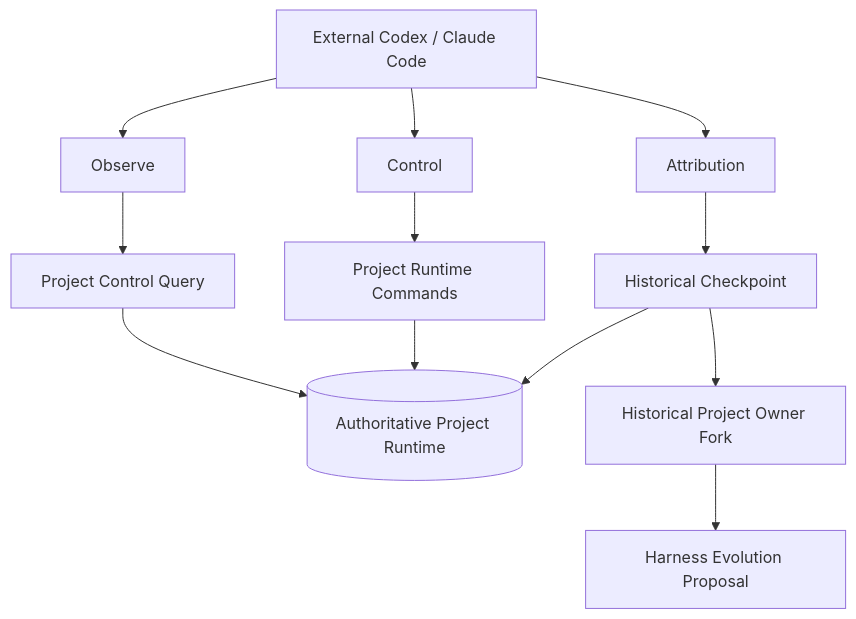
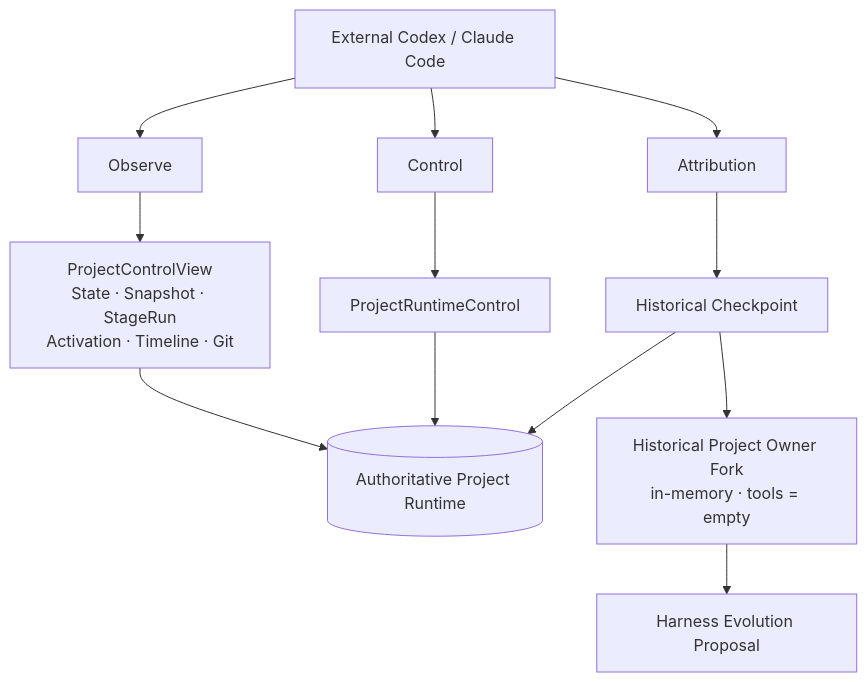
One commit to aowo-1345/AgentPanelX changed diagram 11 of 12 in docs/architecture.md. Above: the diagram before and after it, drawn with Mermaid. The commit also changed other lines of this file and 1 other file, not shown here.

Commit message:
chore: update owner guidance, model settings and architecture overview

````diff
--- a/docs/architecture.md
+++ b/docs/architecture.md
@@ -549,25 +549,25 @@
 ```mermaid
 flowchart TB
     Codex[External Codex / Claude Code]
     Observe[Observe]
     Control[Control]
     Attribution[Attribution]
-    Query[Project Control Query]
-    Commands[Project Runtime Commands]
+    View[ProjectControlView<br/>State · Snapshot · StageRun<br/>Activation · Timeline · Git]
+    Commands[ProjectRuntimeControl]
     Checkpoint[Historical Checkpoint]
-    Historical[Historical Project Owner Fork]
+    Historical[Historical Project Owner Fork<br/>in-memory · tools = empty]
     Runtime[(Authoritative Project Runtime)]
     Proposal[Harness Evolution Proposal]
 
     Codex --> Observe
     Codex --> Control
     Codex --> Attribution
-    Observe --> Query
-    Query --> Runtime
+    Observe --> View
+    View --> Runtime
     Control --> Commands
     Commands --> Runtime
     Attribution --> Checkpoint
     Checkpoint --> Runtime
     Checkpoint --> Historical
     Historical --> Proposal
 ```
````
